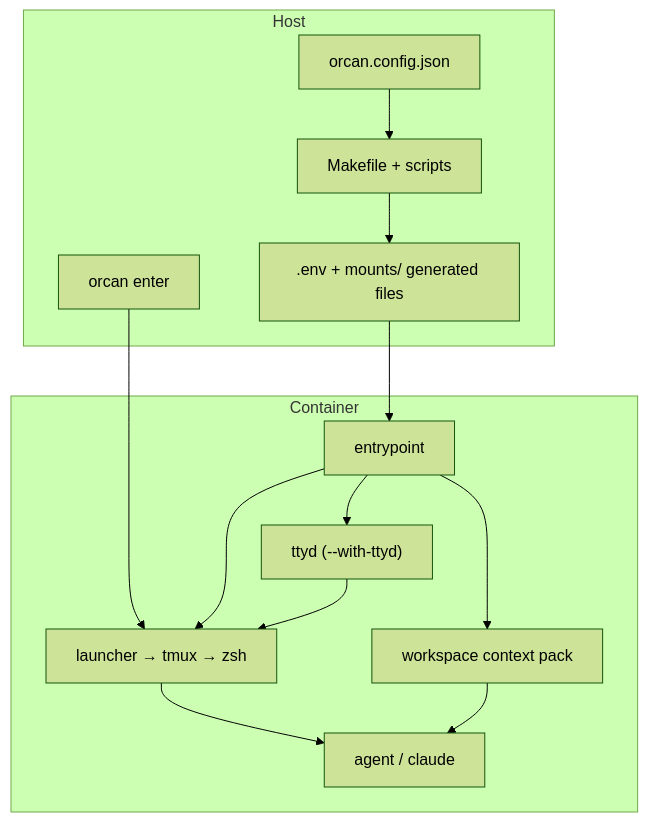
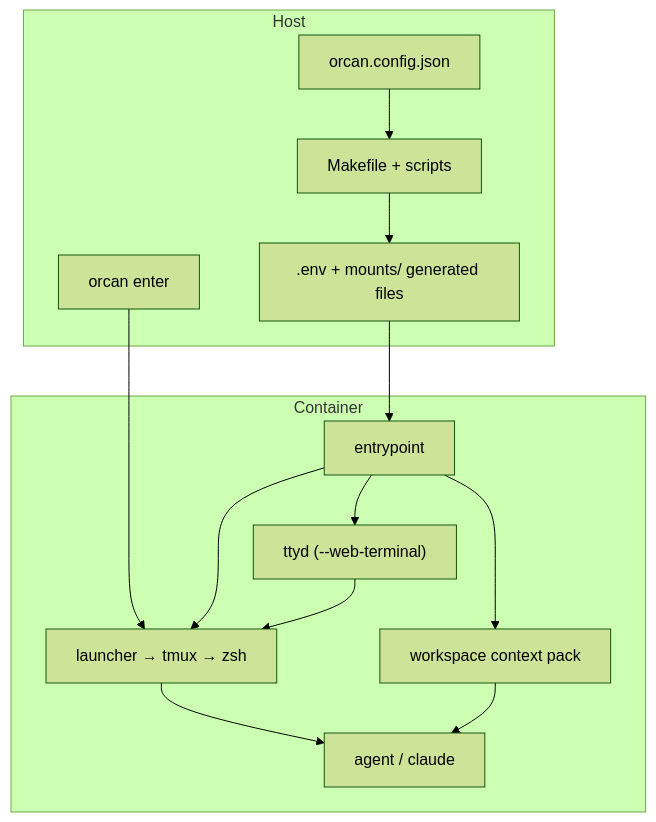
One commit to aKyther/orcan changed the first of 2 diagrams in docs/en/architecture.md. Above: the diagram before and after it, drawn with Mermaid (forest theme). The commit also changed other lines of this file and 33 other files, not shown here.

````diff
--- a/docs/en/architecture.md
+++ b/docs/en/architecture.md
@@ -25,26 +25,26 @@
 ```mermaid
 flowchart TB
   subgraph host [Host]
     cfg["orcan.config.json"]
     make["Makefile + scripts"]
     gen[".env + mounts/ generated files"]
     enter["orcan enter"]
   end
   subgraph container [Container]
     entry["entrypoint"]
     session["launcher → tmux → zsh"]
-    ttyd["ttyd (--with-ttyd)"]
+    ttyd["ttyd (--web-terminal)"]
     pack["workspace context pack"]
     clis["agent / claude"]
   end
   cfg --> make
   make --> gen
   gen --> entry
   enter --> session
   entry --> session
   entry --> ttyd
   ttyd --> session
   entry --> pack
   session --> clis
   pack --> clis
 ```
````
